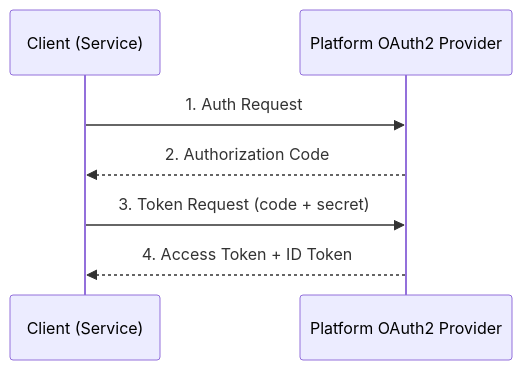
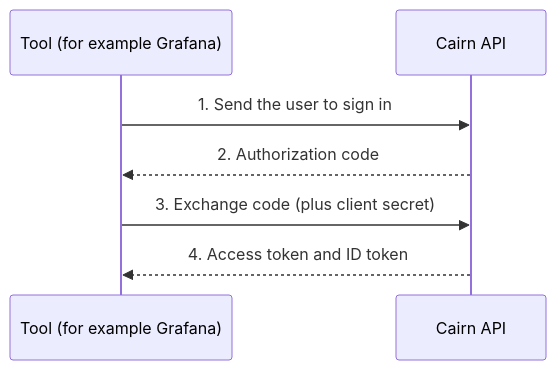
The diagram in platform/portal/public/docs/guides/authentication.md (Mpratyush54/server-automation), drawn with Mermaid before and after one commit. The commit also changed other lines of this file and 76 other files, not shown here.

````diff
--- a/platform/portal/public/docs/guides/authentication.md
+++ b/platform/portal/public/docs/guides/authentication.md
@@ -311,10 +92,10 @@
 ```mermaid
 sequenceDiagram
-    participant Client as Client (Service)
-    participant Provider as Platform OAuth2 Provider
+    participant Client as Tool (for example Grafana)
+    participant Provider as Cairn API
 
-    Client->>Provider: 1. Auth Request
-    Provider-->>Client: 2. Authorization Code
-    Client->>Provider: 3. Token Request (code + secret)
-    Provider-->>Client: 4. Access Token + ID Token
+    Client->>Provider: 1. Send the user to sign in
+    Provider-->>Client: 2. Authorization code
+    Client->>Provider: 3. Exchange code (plus client secret)
+    Provider-->>Client: 4. Access token and ID token
 ```
````
